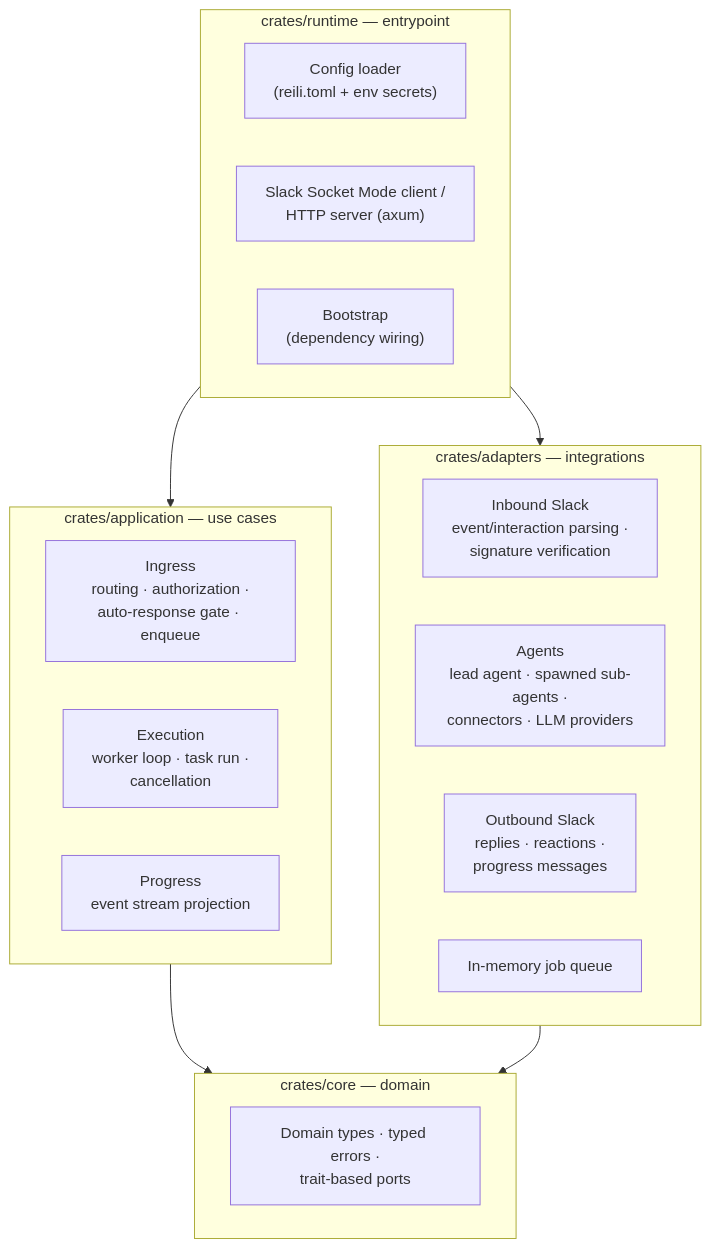
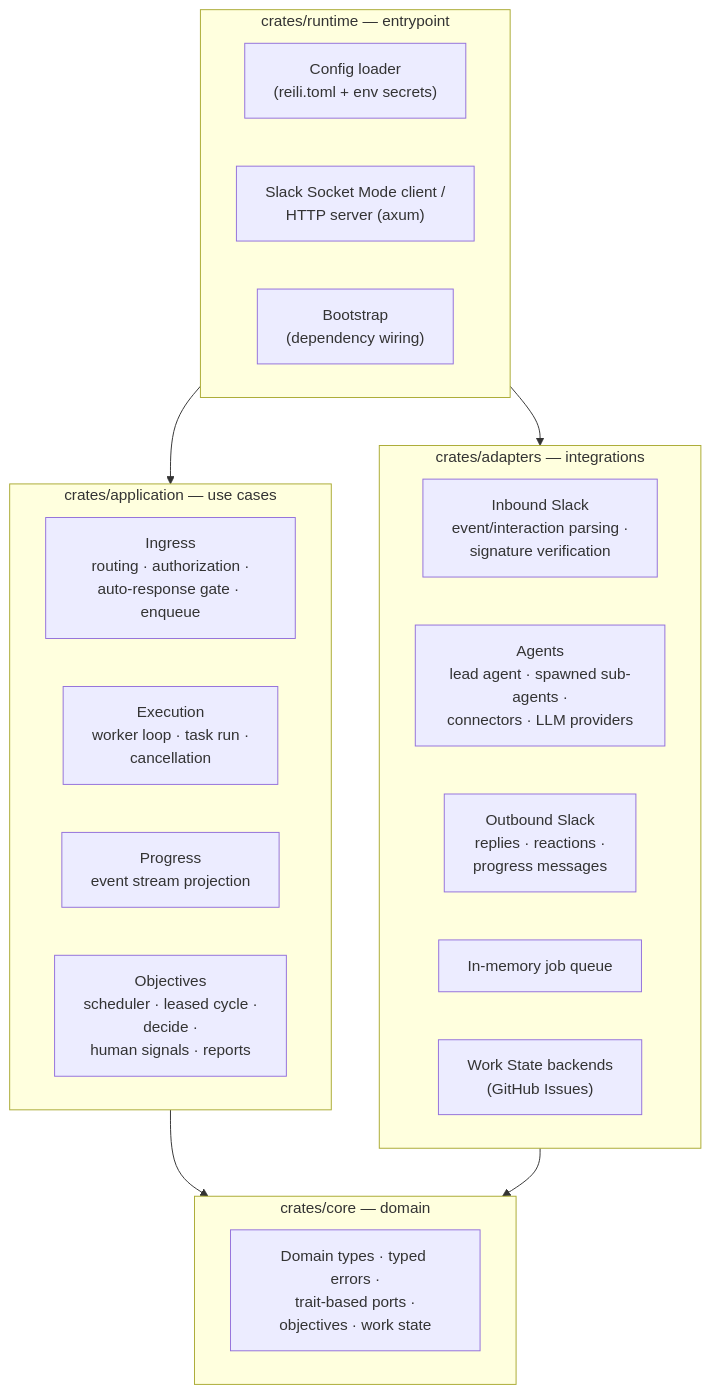
Before and after one commit to reilidev/reili: the diagram in docs/architecture.md, drawn with Mermaid. The commit also changed other lines of this file and 76 other files, not shown here.

Commit message:
Add objective-driven autonomy on the team's GitHub issues (#257)

````diff
--- a/docs/architecture.md
+++ b/docs/architecture.md
@@ -10,30 +10,32 @@
 ```mermaid
 flowchart TB
     subgraph runtime["crates/runtime — entrypoint"]
         CONFIG["Config loader<br/>(reili.toml + env secrets)"]
         SERVE["Slack Socket Mode client /<br/>HTTP server (axum)"]
         BOOT["Bootstrap<br/>(dependency wiring)"]
     end
 
     subgraph application["crates/application — use cases"]
         INGRESS["Ingress<br/>routing · authorization ·<br/>auto-response gate · enqueue"]
         EXEC["Execution<br/>worker loop · task run ·<br/>cancellation"]
         PROGRESS["Progress<br/>event stream projection"]
+        OBJECTIVE["Objectives<br/>scheduler · leased cycle ·<br/>decide ·<br/>human signals · reports"]
     end
 
     subgraph adapters["crates/adapters — integrations"]
         INBOUND["Inbound Slack<br/>event/interaction parsing ·<br/>signature verification"]
         AGENTS["Agents<br/>lead agent · spawned sub-agents ·<br/>connectors · LLM providers"]
         OUTBOUND["Outbound Slack<br/>replies · reactions ·<br/>progress messages"]
         QUEUE["In-memory job queue"]
+        WORK["Work State backends<br/>(GitHub Issues)"]
     end
 
     subgraph core["crates/core — domain"]
-        DOMAIN["Domain types · typed errors ·<br/>trait-based ports"]
+        DOMAIN["Domain types · typed errors ·<br/>trait-based ports ·<br/>objectives · work state"]
     end
 
     runtime --> application
     runtime --> adapters
     application --> core
     adapters --> core
 ```
````
